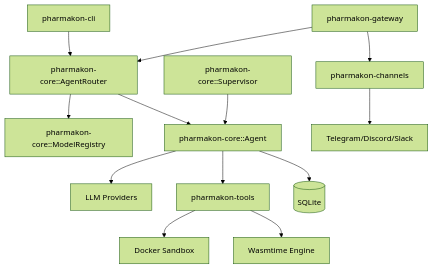
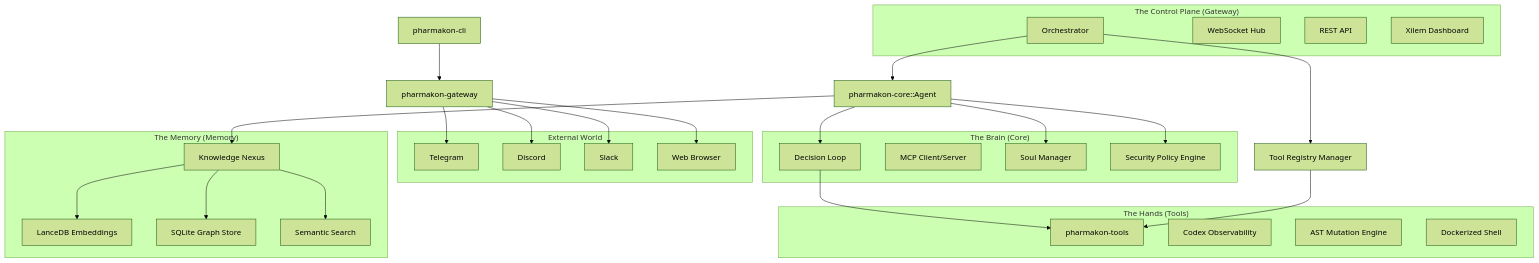
One commit to Yasuno-5555/pharmakon changed the diagram in ARCHITECTURE.md. Above: the diagram before and after it, drawn with Mermaid (forest theme). The commit also changed other lines of this file and 283 other files, not shown here.

Commit message:
chore: perform extensive project restructuring and migration to crates_backup directory while refining core and gateway components.

````diff
--- a/ARCHITECTURE.md
+++ b/ARCHITECTURE.md
@@ -14,21 +15,59 @@
 ```mermaid
 graph TD
-    CLI[pharmakon-cli] --> Router[pharmakon-core::AgentRouter]
-    Gateway[pharmakon-gateway] --> Router
+    CLI[pharmakon-cli] --> Gateway[pharmakon-gateway]
     
-    Router --> Registry[pharmakon-core::ModelRegistry]
-    Router --> Agent[pharmakon-core::Agent]
-    
-    Agent --> Providers[LLM Providers]
-    Agent --> Tools[pharmakon-tools]
-    Agent --> DB[(SQLite)]
-    
-    Supervisor[pharmakon-core::Supervisor] --> Agent
-    
-    Gateway --> Channels[pharmakon-channels]
-    
-    Tools --> Docker[Docker Sandbox]
-    Tools --> WASM[Wasmtime Engine]
-    
-    Channels --> Messaging[Telegram/Discord/Slack]
+    subgraph "External World"
+        Telegram[Telegram]
+        Discord[Discord]
+        Slack[Slack]
+        WebBrowser[Web Browser]
+    end
+
+    Gateway --> Telegram
+    Gateway --> Discord
+    Gateway --> Slack
+    Gateway --> WebBrowser
+
+    subgraph "The Control Plane (Gateway)"
+        Gateway_Core[Orchestrator]
+        WS[WebSocket Hub]
+        API[REST API]
+        UI[Xilem Dashboard]
+    end
+
+    Gateway_Core --> Agent[pharmakon-core::Agent]
+    Gateway_Core --> ToolInit[Tool Registry Manager]
+
+    subgraph "The Brain (Core)"
+        Agent_Loop[Decision Loop]
+        MCP[MCP Client/Server]
+        Soul[Soul Manager]
+        Policy[Security Policy Engine]
+    end
+
+    Agent --> Agent_Loop
+    Agent --> Soul
+    Agent --> Policy
+
+    subgraph "The Hands (Tools)"
+        Tools[pharmakon-tools]
+        Codex[Codex Observability]
+        AST[AST Mutation Engine]
+        Shell[Dockerized Shell]
+    end
+
+    ToolInit --> Tools
+    Agent_Loop --> Tools
+
+    subgraph "The Memory (Memory)"
+        Nexus[Knowledge Nexus]
+        Lance[LanceDB Embeddings]
+        Graph[SQLite Graph Store]
+        Search[Semantic Search]
+    end
+
+    Agent --> Nexus
+    Nexus --> Lance
+    Nexus --> Graph
+    Nexus --> Search
 ```
````
